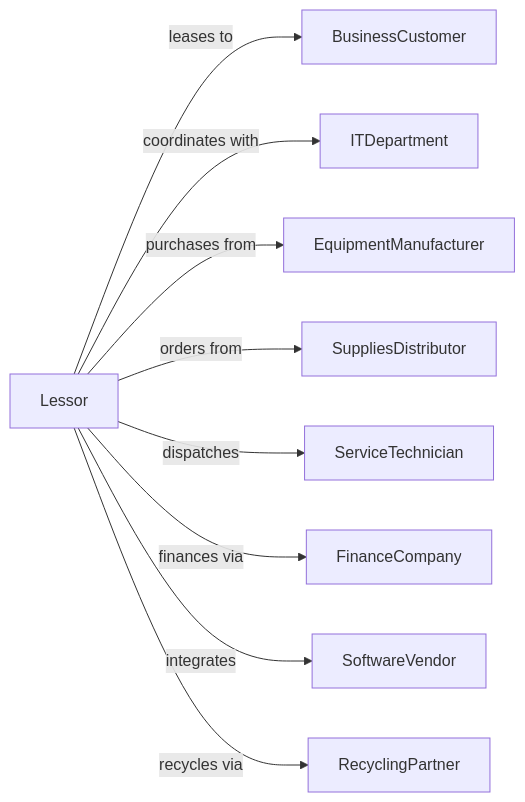
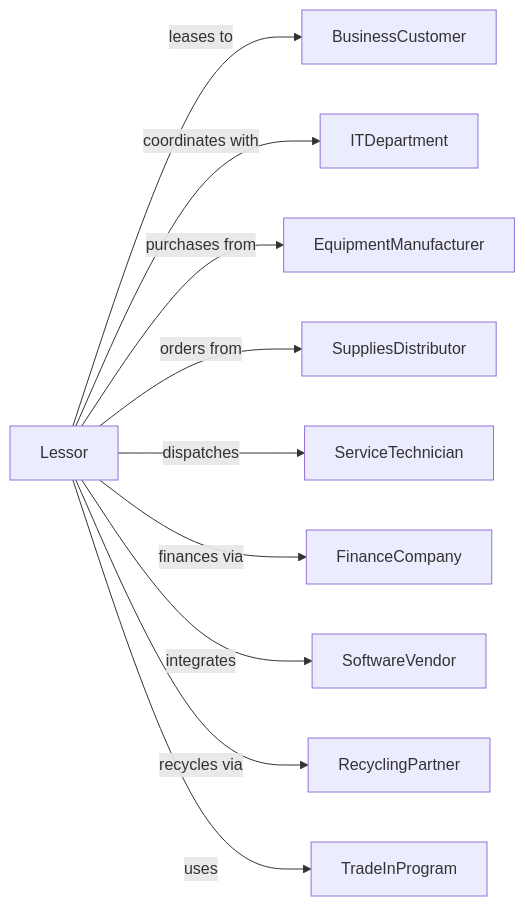
The second of 2 diagrams in RealEstate/RentalAndLeasingServices/CommercialAndIndustrialMachineryAndEquipmentRentalAndLeasing/OfficeMachineryAndEquipmentRentalAndLeasing.mdx (dot-org-ai/industries.org.ai), drawn with Mermaid before and after one commit. The commit also changed other lines of this file and 588 other files, not shown here.

````diff
--- a/RealEstate/RentalAndLeasingServices/CommercialAndIndustrialMachineryAndEquipmentRentalAndLeasing/OfficeMachineryAndEquipmentRentalAndLeasing.mdx
+++ b/RealEstate/RentalAndLeasingServices/CommercialAndIndustrialMachineryAndEquipmentRentalAndLeasing/OfficeMachineryAndEquipmentRentalAndLeasing.mdx
@@ -136,13 +136,14 @@
 ```mermaid
 graph LR
     L[Lessor]
 
     L -->|leases to| BusinessCustomer
     L -->|coordinates with| ITDepartment
     L -->|purchases from| EquipmentManufacturer
     L -->|orders from| SuppliesDistributor
     L -->|dispatches| ServiceTechnician
     L -->|finances via| FinanceCompany
     L -->|integrates| SoftwareVendor
     L -->|recycles via| RecyclingPartner
+    L -->|uses| TradeInProgram
 ```
````
